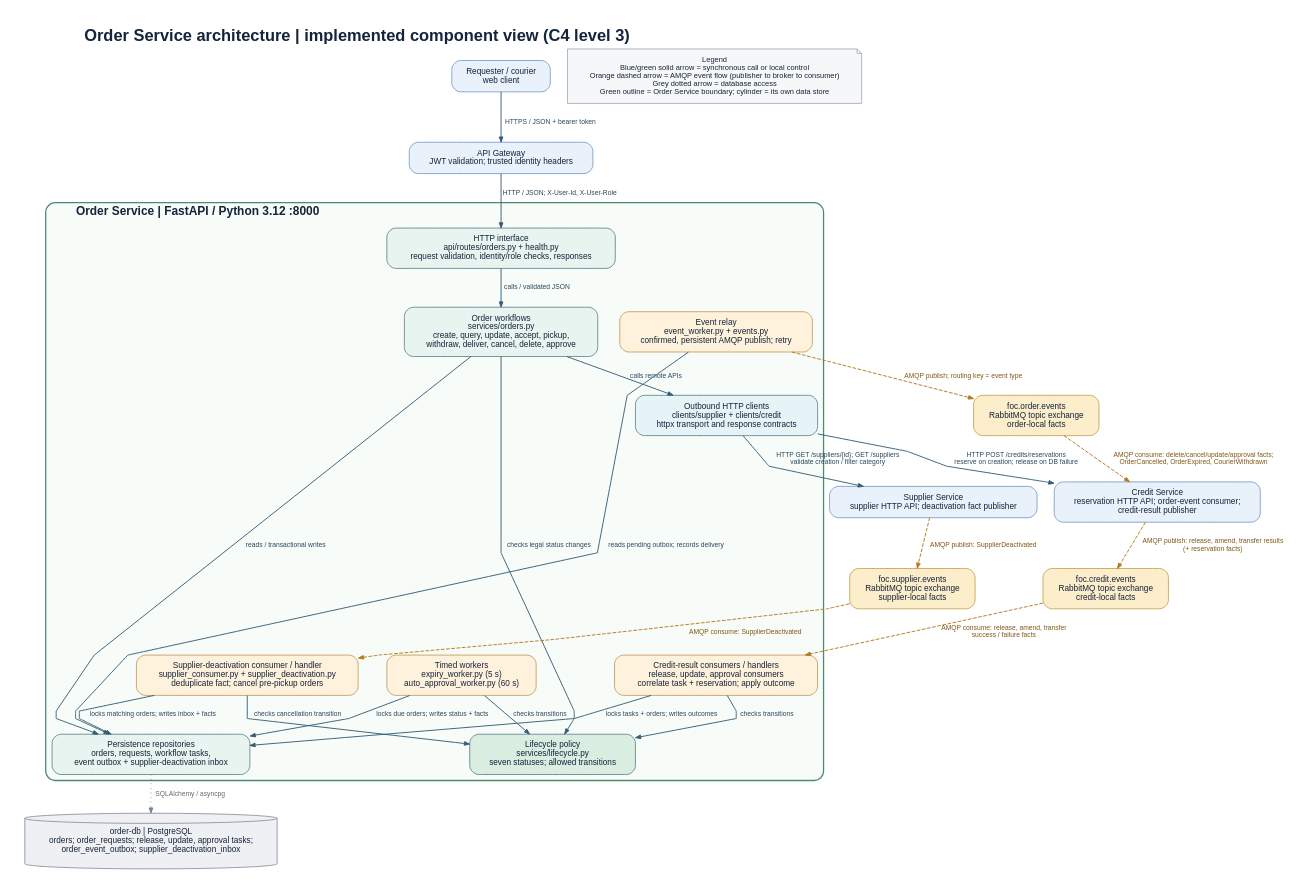
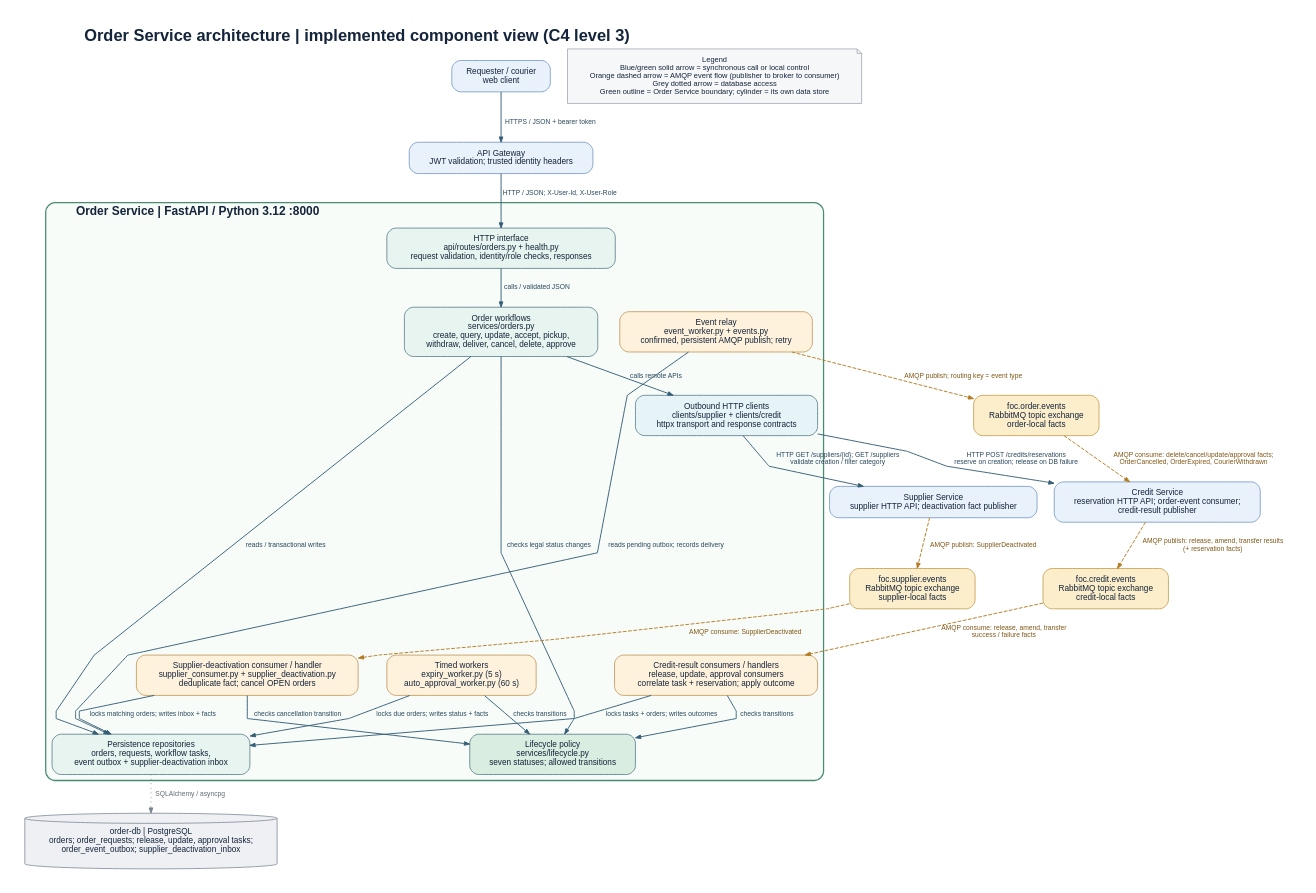
Before and after one commit to CS3219-AY2627S1/FoC-Template: the diagram in order-service/docs/order-service-architecture.dot, drawn with Graphviz. The commit also changed 8 other files, not shown here.

Commit message:
Deactivation only cancels OPEN orders

```diff
--- a/order-service/docs/order-service-architecture.dot
+++ b/order-service/docs/order-service-architecture.dot
@@ -1,63 +1,63 @@
 // AI-INFLUENCED: Order Service architecture diagram updated with Codex from current code, D1 project requirements, and course materials.
 digraph OrderServiceArchitecture {
   graph [
     label="Order Service architecture | implemented component view (C4 level 3)",
     labelloc=t, labeljust=l, fontsize=22, fontname="Helvetica-Bold",
     fontcolor="#14243a", bgcolor="white", pad=0.35, rankdir=TB,
     compound=true, newrank=true, splines=polyline, nodesep=0.32, ranksep=0.58
   ];
   node [shape=box, style="rounded,filled", fontname="Helvetica", fontsize=11,
         color="#4c7180", fillcolor="#e8f4ef", fontcolor="#14243a", margin="0.18,0.12"];
   edge [fontname="Helvetica", fontsize=9, color="#345d76", fontcolor="#28475c", arrowsize=0.7, penwidth=1.25];
 
   users [label="Requester / courier\nweb client", fillcolor="#e9f1fb", color="#678dbd"];
   gateway [label="API Gateway\nJWT validation; trusted identity headers", fillcolor="#e9f1fb", color="#678dbd"];
   supplier [label="Supplier Service\nsupplier HTTP API; deactivation fact publisher", fillcolor="#e9f1fb", color="#678dbd"];
   credit [label="Credit Service\nreservation HTTP API; order-event consumer;\ncredit-result publisher", fillcolor="#e9f1fb", color="#678dbd"];
 
   subgraph cluster_order {
     label="Order Service | FastAPI / Python 3.12 :8000";
     labelloc=t; labeljust=l; fontsize=16; fontname="Helvetica-Bold";
     color="#4a8a71"; bgcolor="#f8fcf9"; style="rounded"; penwidth=1.7;
 
     api [label="HTTP interface\napi/routes/orders.py + health.py\nrequest validation, identity/role checks, responses"];
     workflow [label="Order workflows\nservices/orders.py\ncreate, query, update, accept, pickup,\nwithdraw, deliver, cancel, delete, approve"];
     lifecycle [label="Lifecycle policy\nservices/lifecycle.py\nseven statuses; allowed transitions", fillcolor="#d9eee1"];
     http_adapters [label="Outbound HTTP clients\nclients/supplier + clients/credit\nhttpx transport and response contracts", fillcolor="#e6f3f7"];
     timed [label="Timed workers\nexpiry_worker.py (5 s)\nauto_approval_worker.py (60 s)", fillcolor="#fff2dc", color="#ba8c49"];
     results [label="Credit-result consumers / handlers\nrelease, update, approval consumers\ncorrelate task + reservation; apply outcome", fillcolor="#fff2dc", color="#ba8c49"];
-    supplier_listener [label="Supplier-deactivation consumer / handler\nsupplier_consumer.py + supplier_deactivation.py\ndeduplicate fact; cancel pre-pickup orders", fillcolor="#fff2dc", color="#ba8c49"];
+    supplier_listener [label="Supplier-deactivation consumer / handler\nsupplier_consumer.py + supplier_deactivation.py\ndeduplicate fact; cancel OPEN orders", fillcolor="#fff2dc", color="#ba8c49"];
     repos [label="Persistence repositories\norders, requests, workflow tasks,\nevent outbox + supplier-deactivation inbox"];
     relay [label="Event relay\nevent_worker.py + events.py\nconfirmed, persistent AMQP publish; retry", fillcolor="#fff2dc", color="#ba8c49"];
 
     api -> workflow [label="calls / validated JSON"];
     workflow -> lifecycle [label="checks legal status changes"];
     workflow -> http_adapters [label="calls remote APIs"];
     workflow -> repos [label="reads / transactional writes"];
     timed -> lifecycle [label="checks transitions"];
     timed -> repos [label="locks due orders; writes status + facts"];
     results -> lifecycle [label="checks transitions"];
     results -> repos [label="locks tasks + orders; writes outcomes"];
     supplier_listener -> lifecycle [label="checks cancellation transition"];
     supplier_listener -> repos [label="locks matching orders; writes inbox + facts"];
     relay -> repos [label="reads pending outbox; records delivery"];
   }
 
   db [shape=cylinder, style=filled, label="order-db | PostgreSQL\norders; order_requests; release, update, approval tasks;\norder_event_outbox; supplier_deactivation_inbox", fillcolor="#eef0f3", color="#778390"];
   order_x [label="foc.order.events\nRabbitMQ topic exchange\norder-local facts", fillcolor="#fceecb", color="#bd943d"];
   credit_x [label="foc.credit.events\nRabbitMQ topic exchange\ncredit-local facts", fillcolor="#fceecb", color="#bd943d"];
   supplier_x [label="foc.supplier.events\nRabbitMQ topic exchange\nsupplier-local facts", fillcolor="#fceecb", color="#bd943d"];
   legend [shape=note, style=filled, label="Legend\nBlue/green solid arrow = synchronous call or local control\nOrange dashed arrow = AMQP event flow (publisher to broker to consumer)\nGrey dotted arrow = database access\nGreen outline = Order Service boundary; cylinder = its own data store", fillcolor="#f6f7f9", color="#9aa4ae", fontsize=10];
 
   users -> gateway [label="HTTPS / JSON + bearer token"];
   gateway -> api [label="HTTP / JSON; X-User-Id, X-User-Role"];
   http_adapters -> supplier [label="HTTP GET /suppliers/{id}; GET /suppliers\nvalidate creation / filter category"];
   http_adapters -> credit [label="HTTP POST /credits/reservations\nreserve on creation; release on DB failure"];
   repos -> db [label="SQLAlchemy / asyncpg", style=dotted, color="#778390", fontcolor="#626c76"];
   relay -> order_x [label="AMQP publish; routing key = event type", style=dashed, color="#b47a21", fontcolor="#805716"];
   order_x -> credit [label="AMQP consume: delete/cancel/update/approval facts;\nOrderCancelled, OrderExpired, CourierWithdrawn", style=dashed, color="#b47a21", fontcolor="#805716"];
   credit -> credit_x [label="AMQP publish: release, amend, transfer results\n(+ reservation facts)", style=dashed, color="#b47a21", fontcolor="#805716"];
   credit_x -> results [label="AMQP consume: release, amend, transfer\nsuccess / failure facts", style=dashed, color="#b47a21", fontcolor="#805716"];
   supplier -> supplier_x [label="AMQP publish: SupplierDeactivated", style=dashed, color="#b47a21", fontcolor="#805716"];
   supplier_x -> supplier_listener [label="AMQP consume: SupplierDeactivated", style=dashed, color="#b47a21", fontcolor="#805716"];
 }
```
